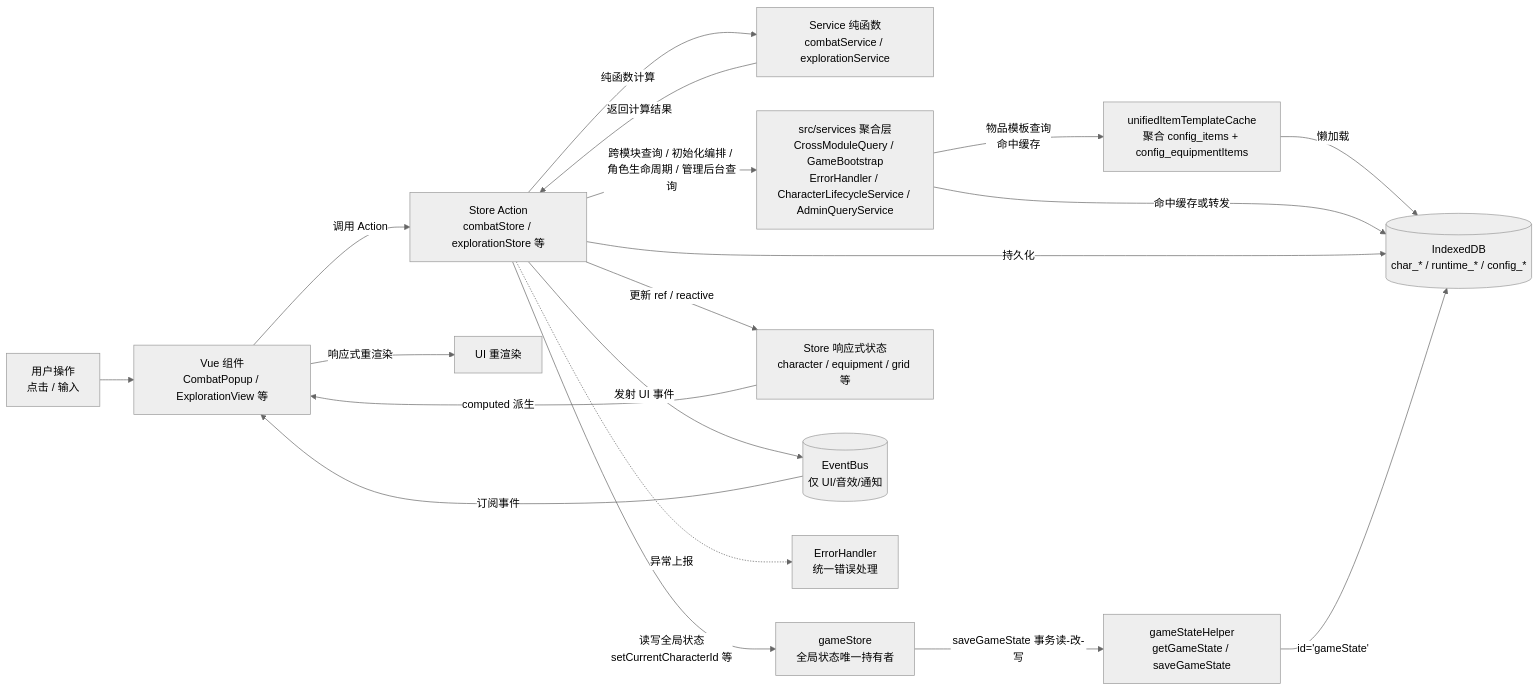
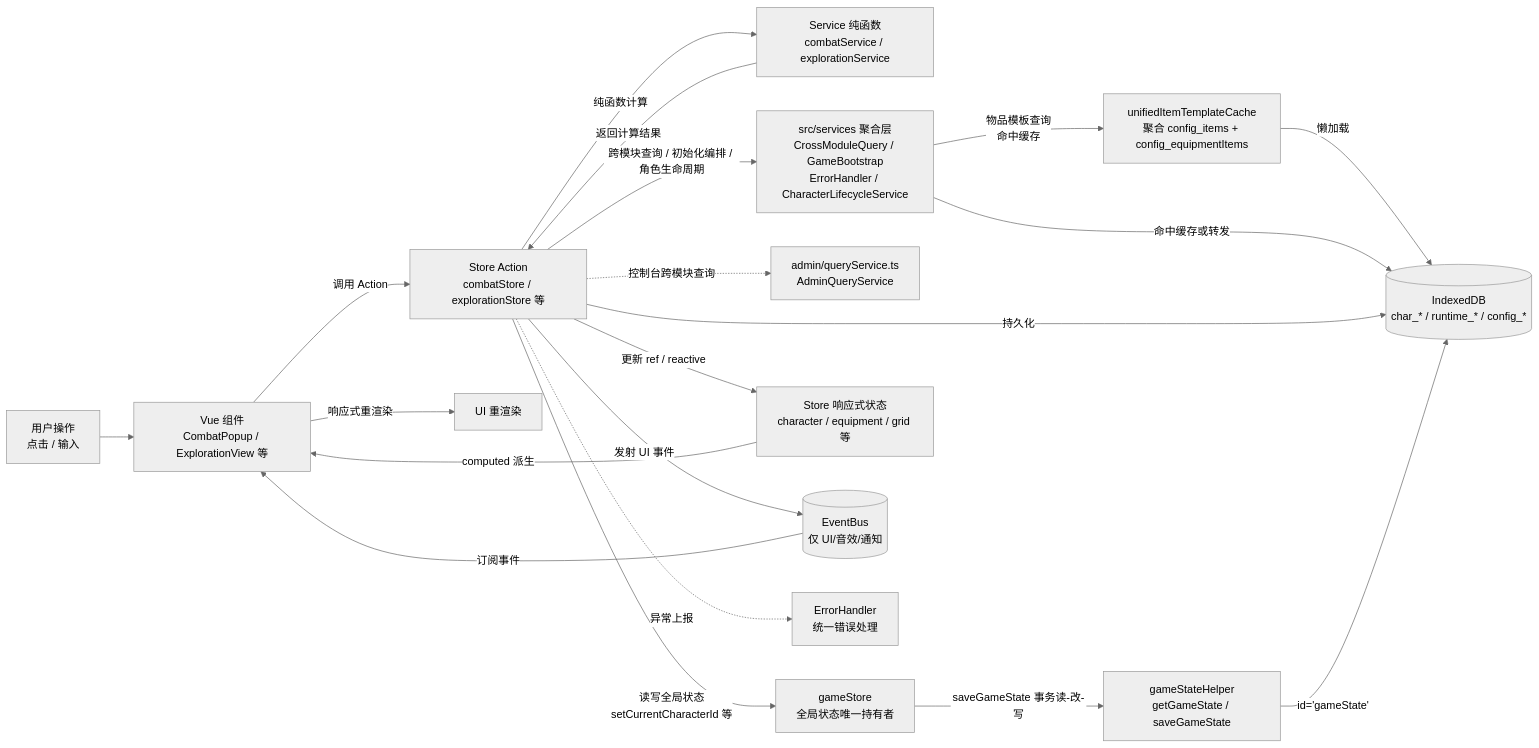
The first of 18 diagrams in doc/project/DATA_FLOW.md (SonDemigods/wow_dnd), drawn with Mermaid (neutral theme) before and after one commit. The commit also changed other lines of this file and 9 other files, not shown here.

````diff
--- a/doc/project/DATA_FLOW.md
+++ b/doc/project/DATA_FLOW.md
@@ -28,22 +28,23 @@
 ```mermaid
 flowchart LR
     %% 全局数据流向：用户操作 → UI 重渲染
     User[用户操作<br/>点击 / 输入] --> Component[Vue 组件<br/>CombatPopup / ExplorationView 等]
     Component -->|调用 Action| StoreAction[Store Action<br/>combatStore / explorationStore 等]
     StoreAction -->|纯函数计算| Service[Service 纯函数<br/>combatService / explorationService]
     Service -->|返回计算结果| StoreAction
-    StoreAction -->|跨模块查询 / 初始化编排 / 角色生命周期 / 管理后台查询| ServicesLayer[src/services 聚合层<br/>CrossModuleQuery / GameBootstrap<br/>ErrorHandler / CharacterLifecycleService / AdminQueryService]
+    StoreAction -->|跨模块查询 / 初始化编排 / 角色生命周期| ServicesLayer[src/services 聚合层<br/>CrossModuleQuery / GameBootstrap<br/>ErrorHandler / CharacterLifecycleService]
+    StoreAction -.->|控制台跨模块查询| AdminQuery[admin/queryService.ts<br/>AdminQueryService]
     StoreAction -->|读写全局状态<br/>setCurrentCharacterId 等| GameStore[gameStore<br/>全局状态唯一持有者]
     ServicesLayer -->|物品模板查询<br/>命中缓存| ItemCache[unifiedItemTemplateCache<br/>聚合 config_items + config_equipmentItems]
     ItemCache -->|懒加载| DB
     ServicesLayer -->|命中缓存或转发| DB
     StoreAction -->|更新 ref / reactive| State[Store 响应式状态<br/>character / equipment / grid 等]
     StoreAction -->|持久化| DB[(IndexedDB<br/>char_* / runtime_* / config_*)]
     GameStore -->|saveGameState 事务读-改-写| GSH[gameStateHelper<br/>getGameState / saveGameState]
     GSH -->|id='gameState'| DB
     StoreAction -->|发射 UI 事件| EventBus[(EventBus<br/>仅 UI/音效/通知)]
     StoreAction -.->|异常上报| ErrorHandler[ErrorHandler<br/>统一错误处理]
     EventBus -->|订阅事件| Component
     State -->|computed 派生| Component
     Component -->|响应式重渲染| UI[UI 重渲染]
 ```
````
